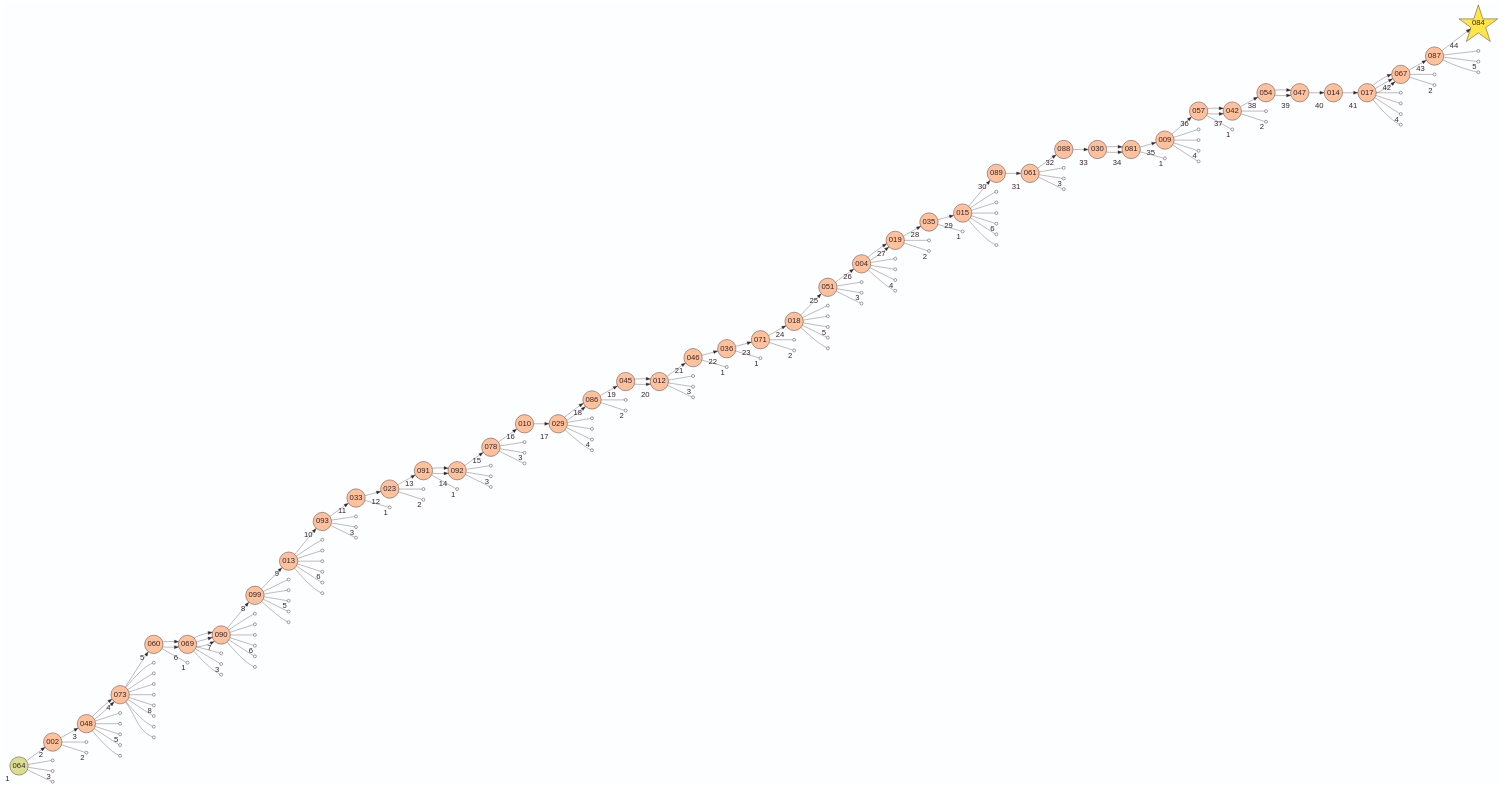
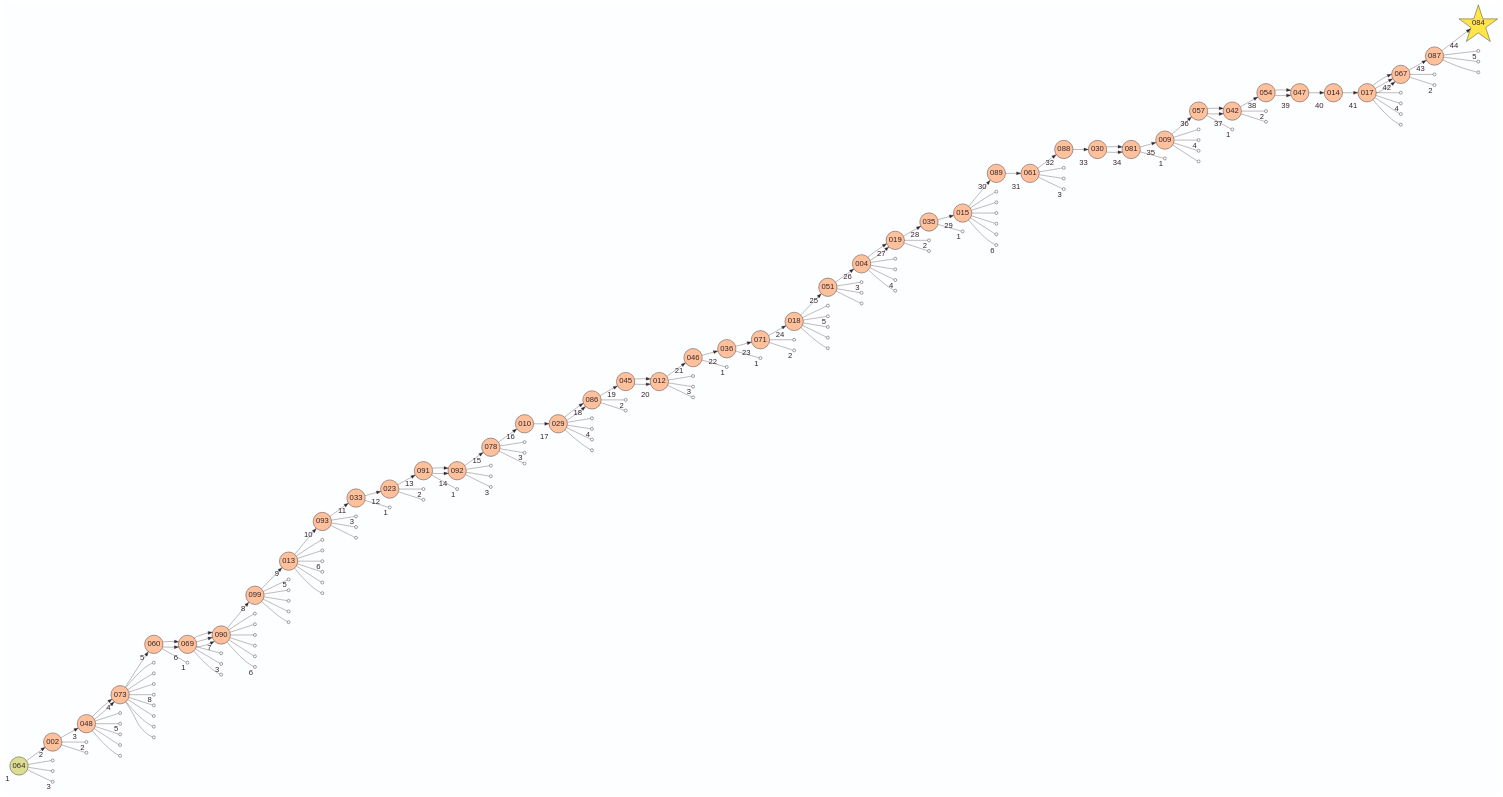
One commit to laowantong/sqlab_corbeau changed the diagram in output/activity_map.gv. Above: the diagram before and after it, drawn with Graphviz. The commit also changed other lines of this file and 4 other files, not shown here.

```diff
--- a/output/activity_map.gv
+++ b/output/activity_map.gv
@@ -20,321 +20,321 @@
     node [width=1.2 height=1.2 fontname=Helvetica label="\N"]
     084
     node [ width=0.6 height=0.6 shape=circle fillcolor="#FFC19C"]
+    002 [xlabel=2]
+    004 [xlabel=26]
+    009 [xlabel=35]
+    010 [xlabel=16]
+    012 [xlabel=20]
+    013 [xlabel=9]
+    014 [xlabel=40]
+    015 [xlabel=29]
+    017 [xlabel=41]
+    018 [xlabel=24]
+    019 [xlabel=27]
+    023 [xlabel=12]
+    029 [xlabel=17]
+    030 [xlabel=33]
+    033 [xlabel=11]
+    035 [xlabel=28]
+    036 [xlabel=22]
+    042 [xlabel=37]
+    045 [xlabel=19]
+    046 [xlabel=21]
+    047 [xlabel=39]
     048 [xlabel=3]
+    051 [xlabel=25]
+    054 [xlabel=38]
+    057 [xlabel=36]
+    060 [xlabel=5]
+    061 [xlabel=31]
+    067 [xlabel=42]
+    069 [xlabel=6]
+    071 [xlabel=23]
+    073 [xlabel=4]
+    078 [xlabel=15]
     081 [xlabel=34]
     084 [xlabel=44]
-    071 [xlabel=23]
-    054 [xlabel=38]
-    014 [xlabel=40]
-    047 [xlabel=39]
+    086 [xlabel=18]
+    087 [xlabel=43]
+    088 [xlabel=32]
+    089 [xlabel=30]
+    090 [xlabel=7]
+    091 [xlabel=13]
     092 [xlabel=14]
-    087 [xlabel=43]
-    023 [xlabel=12]
-    010 [xlabel=16]
-    018 [xlabel=24]
-    042 [xlabel=37]
-    060 [xlabel=5]
-    012 [xlabel=20]
-    004 [xlabel=26]
-    035 [xlabel=28]
-    069 [xlabel=6]
-    046 [xlabel=21]
-    078 [xlabel=15]
-    086 [xlabel=18]
-    088 [xlabel=32]
-    017 [xlabel=41]
-    045 [xlabel=19]
-    051 [xlabel=25]
-    019 [xlabel=27]
+    093 [xlabel=10]
     099 [xlabel=8]
-    057 [xlabel=36]
-    093 [xlabel=10]
-    089 [xlabel=30]
-    091 [xlabel=13]
-    090 [xlabel=7]
-    015 [xlabel=29]
-    067 [xlabel=42]
-    036 [xlabel=22]
-    009 [xlabel=35]
-    029 [xlabel=17]
-    073 [xlabel=4]
-    030 [xlabel=33]
-    033 [xlabel=11]
-    002 [xlabel=2]
-    061 [xlabel=31]
-    013 [xlabel=9]
     node [fillcolor="#DBDE92"]
     
     064 [xlabel=1]
     
-    064 -> 002
     002 -> 048
+    004 -> 019
+    004 -> 019
+    009 -> 057
+    010 -> 029
+    012 -> 046
+    013 -> 093
+    014 -> 017
+    015 -> 089
+    017 -> 067
+    017 -> 067
+    017 -> 067
+    018 -> 051
+    019 -> 035
+    023 -> 091
+    029 -> 086
+    029 -> 086
+    030 -> 081
+    030 -> 081
+    033 -> 023
+    035 -> 015
+    036 -> 071
+    042 -> 054
+    045 -> 012
+    045 -> 012
+    046 -> 036
+    047 -> 014
     048 -> 073
     048 -> 073
-    073 -> 060
+    051 -> 004
+    054 -> 047
+    054 -> 047
+    057 -> 042
+    057 -> 042
     060 -> 069
     060 -> 069
+    061 -> 088
+    064 -> 002
+    067 -> 087
     069 -> 090
     069 -> 090
     069 -> 090
+    071 -> 018
+    073 -> 060
+    078 -> 010
+    081 -> 009
+    086 -> 045
+    087 -> 084
+    088 -> 030
+    089 -> 061
     090 -> 099
-    099 -> 013
-    013 -> 093
-    093 -> 033
-    033 -> 023
-    023 -> 091
     091 -> 092
     091 -> 092
     092 -> 078
-    078 -> 010
-    010 -> 029
-    029 -> 086
-    029 -> 086
-    086 -> 045
-    045 -> 012
-    045 -> 012
-    012 -> 046
-    046 -> 036
-    036 -> 071
-    071 -> 018
-    018 -> 051
-    051 -> 004
-    004 -> 019
-    004 -> 019
-    019 -> 035
-    035 -> 015
-    015 -> 089
-    089 -> 061
-    061 -> 088
-    088 -> 030
-    030 -> 081
-    030 -> 081
-    081 -> 009
-    009 -> 057
-    057 -> 042
-    057 -> 042
-    042 -> 054
-    054 -> 047
-    054 -> 047
-    047 -> 014
-    014 -> 017
-    017 -> 067
-    017 -> 067
-    017 -> 067
-    067 -> 087
-    087 -> 084
+    093 -> 033
+    099 -> 013
     node [width=0.1 height=0.1 label="" fillcolor=none]
-    62414460237474
-    63421408847666 [xlabel=3]
-    62627546453838
-    140112921649348
-    137216484212909 [xlabel=2]
-    270336379250530
-    277559945191843
-    277154137262673 [xlabel=5]
-    277922745876159
-    277806713095697
-    250939377985679
-    249376441798561
-    253901624367080
-    247791550580095
-    252316965932137 [xlabel=8]
-    262165309603213
-    253367534850715
-    271992818650545
-    34152973521573 [xlabel=1]
-    72406392489046
-    81881350538729 [xlabel=3]
-    81903621830254
-    30340994622142
-    30731216836669
-    29955558958299
-    30770821175447 [xlabel=6]
-    29904962000621
-    29250311216752
-    7869770718672
-    7425625060309
-    6678482072359 [xlabel=5]
-    8020535109002
-    8136381302648
-    110289336847392
-    200039604814994
-    149927540982675
-    147465783112152 [xlabel=6]
-    149497462313747
-    145105034233582
-    138045532835332
     107213178667464 [xlabel=3]
     108909898705137
+    110289336847392
+    111661355220910
+    11700942765002 [xlabel=1]
+    132132734171747
     132261761187427 [xlabel=1]
-    52735437217172
-    38833696870499 [xlabel=2]
-    11700942765002 [xlabel=1]
-    449950645205298
-    61304851218508 [xlabel=3]
-    59689908896902
+    133316969991232 [xlabel=2]
+    137216484212909 [xlabel=2]
+    138045532835332
+    140112921649348
     14213823763139
-    17390657805078 [xlabel=3]
-    5186021910633
-    3717185854763695
-    111661355220910
-    2129441141048599 [xlabel=4]
-    251549824317975
-    245164346650727
-    235718735206107 [xlabel=2]
-    244265129787714
-    238237251828505 [xlabel=3]
-    237623284694455
-    202700035033274 [xlabel=1]
-    2152176172776 [xlabel=1]
-    218527169874716
-    218920106801586 [xlabel=2]
+    145105034233582
     145920273522062
-    146472739415074
     146109489642854 [xlabel=5]
     146235981349974
     146419000371826
+    146472739415074
+    147465783112152 [xlabel=6]
+    147473821768763 [xlabel=2]
+    147652391136642
+    149497462313747
+    149927540982675
+    158217766468571 [xlabel=1]
+    16276607446669 [xlabel=1]
+    17390657805078 [xlabel=3]
+    200039604814994
+    202700035033274 [xlabel=1]
+    203739616935276
+    208959108981304
+    209272308347783 [xlabel=4]
+    210693626905971
+    211349608158160
+    211349608166108
+    212359971644502 [xlabel=3]
+    2129441141048599 [xlabel=4]
+    2152176172776 [xlabel=1]
+    218527169874716
     218755597151302
-    212359971644502 [xlabel=3]
+    218920106801586 [xlabel=2]
+    224715483527681 [xlabel=3]
+    235718735206107 [xlabel=2]
+    237623284694455
+    238237251828505 [xlabel=3]
+    244265129787714
+    245164346650727
+    247791550580095
     248077393398937
+    249376441798561
+    250799107635628
+    250939377985679
+    251348463037611 [xlabel=4]
+    251549824317975
+    252316965932137 [xlabel=8]
+    252423961532134 [xlabel=2]
+    253367534850715
+    253901624367080
+    254842517462491
+    256225590065852
+    262165309603213
+    262342322471705
+    270336379250530
+    271992818650545
+    277154137262673 [xlabel=5]
+    277559945191843
+    277806713095697
+    277922745876159
+    29250311216752
+    29904962000621
+    29955558958299
+    30340994622142
+    30731216836669
+    30770821175447 [xlabel=6]
+    34152973521573 [xlabel=1]
+    3717185854763695
+    38833696870499 [xlabel=2]
+    449950645205298
+    5186021910633
+    52735437217172
+    53460227743704 [xlabel=5]
+    53722854606794
     57258109790022
+    57652065293014
+    57920129500707
+    58074299084163
+    58201522408105
+    58936393336695
+    58976341931186
+    59523382361158
+    59689908896902
+    59734403758005 [xlabel=4]
     60027786731242
-    59734403758005 [xlabel=4]
-    58976341931186
-    147652391136642
-    147473821768763 [xlabel=2]
-    16276607446669 [xlabel=1]
-    57920129500707
-    59523382361158
-    58074299084163
+    61304851218508 [xlabel=3]
     61314802574889 [xlabel=6]
-    57652065293014
-    58936393336695
-    210693626905971
-    224715483527681 [xlabel=3]
-    208959108981304
-    158217766468571 [xlabel=1]
-    262342322471705
-    254842517462491
-    251348463037611 [xlabel=4]
-    250799107635628
+    62414460237474
+    62627546453838
+    63421408847666 [xlabel=3]
+    6678482072359 [xlabel=5]
+    72406392489046
+    7425625060309
+    7869770718672
+    8020535109002
+    8136381302648
+    81881350538729 [xlabel=3]
+    81903621830254
     92268597601854 [xlabel=1]
-    256225590065852
-    252423961532134 [xlabel=2]
-    211349608166108
-    203739616935276
-    209272308347783 [xlabel=4]
-    211349608158160
-    132132734171747
-    133316969991232 [xlabel=2]
-    53722854606794
-    53460227743704 [xlabel=5]
-    58201522408105
     edge [arrowhead=none]
+    002 -> 137216484212909
+    002 -> 140112921649348
+    004 -> 57258109790022
+    004 -> 58976341931186
+    004 -> 59734403758005
+    004 -> 60027786731242
+    009 -> 250799107635628
+    009 -> 251348463037611
+    009 -> 254842517462491
+    009 -> 262342322471705
+    012 -> 237623284694455
+    012 -> 238237251828505
+    012 -> 244265129787714
+    013 -> 110289336847392
+    013 -> 145105034233582
+    013 -> 147465783112152
+    013 -> 149497462313747
+    013 -> 149927540982675
+    013 -> 200039604814994
+    015 -> 57652065293014
+    015 -> 57920129500707
+    015 -> 58074299084163
+    015 -> 58936393336695
+    015 -> 59523382361158
+    015 -> 61314802574889
+    017 -> 203739616935276
+    017 -> 209272308347783
+    017 -> 211349608158160
+    017 -> 211349608166108
+    018 -> 145920273522062
+    018 -> 146109489642854
+    018 -> 146235981349974
+    018 -> 146419000371826
+    018 -> 146472739415074
+    019 -> 147473821768763
+    019 -> 147652391136642
+    023 -> 38833696870499
+    023 -> 52735437217172
+    029 -> 111661355220910
+    029 -> 2129441141048599
+    029 -> 251549824317975
+    029 -> 3717185854763695
+    033 -> 132261761187427
+    035 -> 16276607446669
+    036 -> 2152176172776
+    042 -> 252423961532134
+    042 -> 256225590065852
+    046 -> 202700035033274
+    048 -> 270336379250530
+    048 -> 277154137262673
+    048 -> 277559945191843
+    048 -> 277806713095697
+    048 -> 277922745876159
+    051 -> 212359971644502
+    051 -> 218755597151302
+    051 -> 248077393398937
+    057 -> 92268597601854
+    060 -> 34152973521573
+    061 -> 208959108981304
+    061 -> 210693626905971
+    061 -> 224715483527681
     064 -> 62414460237474
+    064 -> 62627546453838
     064 -> 63421408847666
-    064 -> 62627546453838
-    002 -> 140112921649348
-    002 -> 137216484212909
-    048 -> 270336379250530
-    048 -> 277559945191843
-    048 -> 277154137262673
-    048 -> 277922745876159
-    048 -> 277806713095697
-    073 -> 250939377985679
-    073 -> 249376441798561
-    073 -> 253901624367080
-    073 -> 247791550580095
-    073 -> 252316965932137
-    073 -> 262165309603213
-    073 -> 253367534850715
-    073 -> 271992818650545
-    060 -> 34152973521573
+    067 -> 132132734171747
+    067 -> 133316969991232
     069 -> 72406392489046
     069 -> 81881350538729
     069 -> 81903621830254
-    090 -> 30340994622142
-    090 -> 30731216836669
-    090 -> 29955558958299
-    090 -> 30770821175447
-    090 -> 29904962000621
-    090 -> 29250311216752
-    099 -> 7869770718672
-    099 -> 7425625060309
-    099 -> 6678482072359
-    099 -> 8020535109002
-    099 -> 8136381302648
-    013 -> 110289336847392
-    013 -> 200039604814994
-    013 -> 149927540982675
-    013 -> 147465783112152
-    013 -> 149497462313747
-    013 -> 145105034233582
-    093 -> 138045532835332
-    093 -> 107213178667464
-    093 -> 108909898705137
-    033 -> 132261761187427
-    023 -> 52735437217172
-    023 -> 38833696870499
-    091 -> 11700942765002
-    092 -> 449950645205298
-    092 -> 61304851218508
-    092 -> 59689908896902
+    071 -> 218527169874716
+    071 -> 218920106801586
+    073 -> 247791550580095
+    073 -> 249376441798561
+    073 -> 250939377985679
+    073 -> 252316965932137
+    073 -> 253367534850715
+    073 -> 253901624367080
+    073 -> 262165309603213
+    073 -> 271992818650545
     078 -> 14213823763139
     078 -> 17390657805078
     078 -> 5186021910633
-    029 -> 3717185854763695
-    029 -> 111661355220910
-    029 -> 2129441141048599
-    029 -> 251549824317975
+    081 -> 158217766468571
+    086 -> 235718735206107
     086 -> 245164346650727
-    086 -> 235718735206107
-    012 -> 244265129787714
-    012 -> 238237251828505
-    012 -> 237623284694455
-    046 -> 202700035033274
-    036 -> 2152176172776
-    071 -> 218527169874716
-    071 -> 218920106801586
-    018 -> 145920273522062
-    018 -> 146472739415074
-    018 -> 146109489642854
-    018 -> 146235981349974
-    018 -> 146419000371826
-    051 -> 218755597151302
-    051 -> 212359971644502
-    051 -> 248077393398937
-    004 -> 57258109790022
-    004 -> 60027786731242
-    004 -> 59734403758005
-    004 -> 58976341931186
-    019 -> 147652391136642
-    019 -> 147473821768763
-    035 -> 16276607446669
-    015 -> 57920129500707
-    015 -> 59523382361158
-    015 -> 58074299084163
-    015 -> 61314802574889
-    015 -> 57652065293014
-    015 -> 58936393336695
-    061 -> 210693626905971
-    061 -> 224715483527681
-    061 -> 208959108981304
-    081 -> 158217766468571
-    009 -> 262342322471705
-    009 -> 254842517462491
-    009 -> 251348463037611
-    009 -> 250799107635628
-    057 -> 92268597601854
-    042 -> 256225590065852
-    042 -> 252423961532134
-    017 -> 211349608166108
-    017 -> 203739616935276
-    017 -> 209272308347783
-    017 -> 211349608158160
-    067 -> 132132734171747
-    067 -> 133316969991232
+    087 -> 53460227743704
     087 -> 53722854606794
-    087 -> 53460227743704
     087 -> 58201522408105
+    090 -> 29250311216752
+    090 -> 29904962000621
+    090 -> 29955558958299
+    090 -> 30340994622142
+    090 -> 30731216836669
+    090 -> 30770821175447
+    091 -> 11700942765002
+    092 -> 449950645205298
+    092 -> 59689908896902
+    092 -> 61304851218508
+    093 -> 107213178667464
+    093 -> 108909898705137
+    093 -> 138045532835332
+    099 -> 6678482072359
+    099 -> 7425625060309
+    099 -> 7869770718672
+    099 -> 8020535109002
+    099 -> 8136381302648
 }
```
